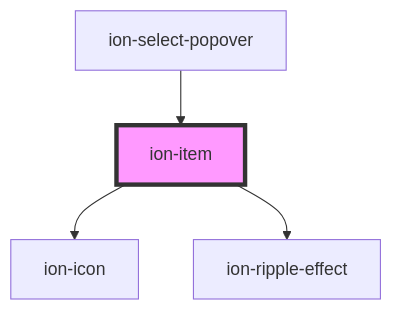
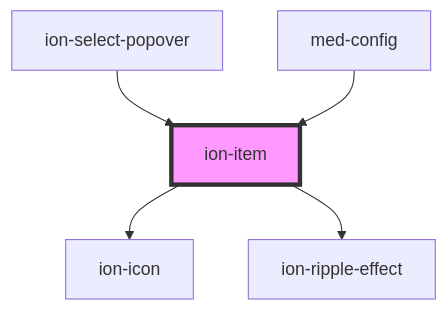
Before and after one commit to ionic-team/ionic-framework: the diagram in core/src/components/item/readme.md, drawn with Mermaid. The commit also changed other lines of this file and 450 other files, not shown here.

````diff
--- a/core/src/components/item/readme.md
+++ b/core/src/components/item/readme.md
@@ -1933,7 +1934,8 @@
 ```mermaid
 graph TD;
   ion-item --> ion-icon
   ion-item --> ion-ripple-effect
   ion-select-popover --> ion-item
+  med-config --> ion-item
   style ion-item fill:#f9f,stroke:#333,stroke-width:4px
 ```
````
